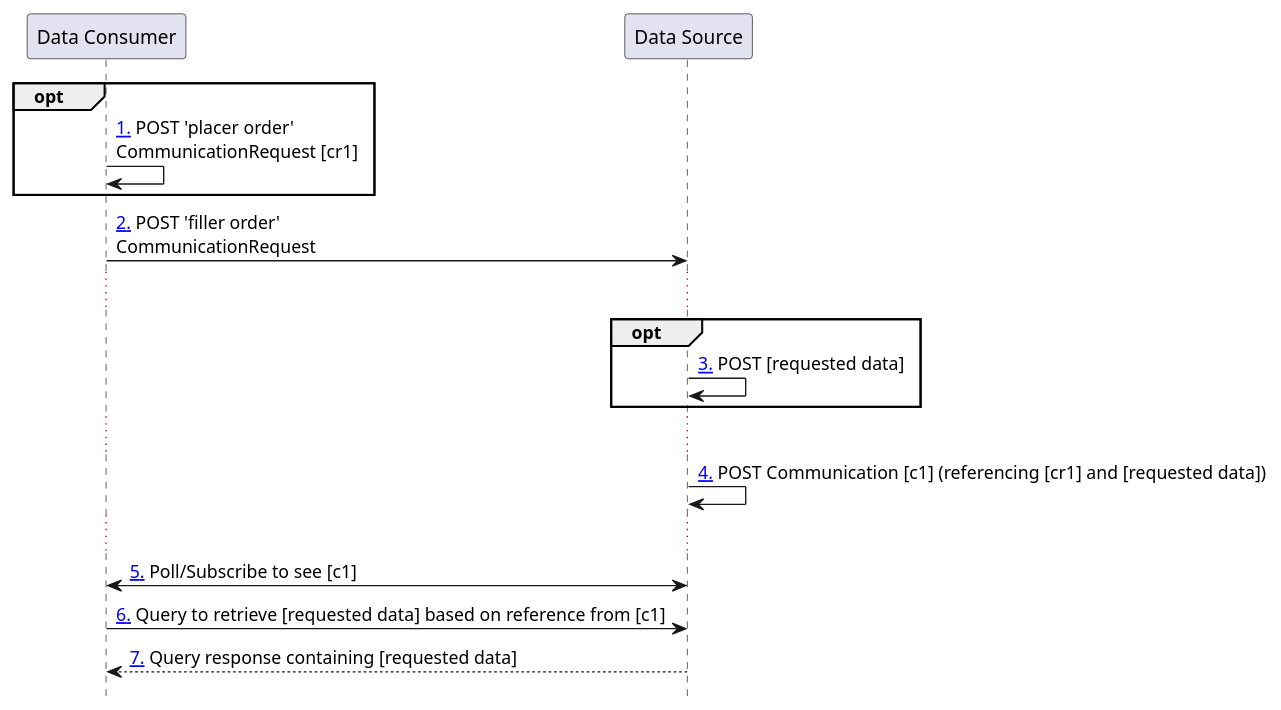
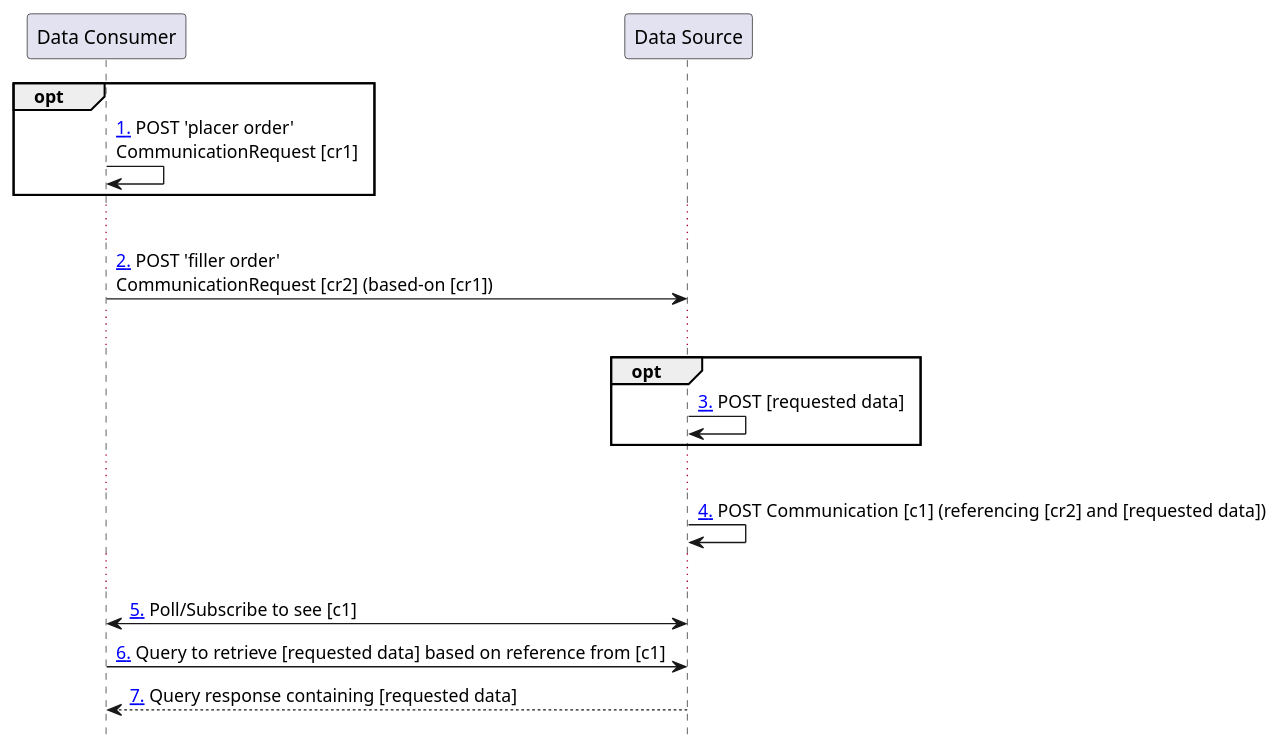
One commit to HL7/davinci-ehrx changed the diagram in input/images-source/communicationrequest-post-poll.plantuml. Above: the diagram before and after it, drawn with PlantUML. The commit also changed 12 other files, not shown here.

Commit message:
Diagram corrections, added task diagram

```diff
--- a/input/images-source/communicationrequest-post-poll.plantuml
+++ b/input/images-source/communicationrequest-post-poll.plantuml
@@ -1,19 +1,20 @@
 @startuml
 hide footbox
 participant "Data Consumer" as Consumer
 participant "Data Source" as Source
 opt
 Consumer -> Consumer: [[#cr-post-c1 1.]] POST 'placer order'\nCommunicationRequest [cr1]
 end
-Consumer -> Source: [[#cr-post-c2 2.]] POST 'filler order'\nCommunicationRequest
+...
+Consumer -> Source: [[#cr-post-c2 2.]] POST 'filler order'\nCommunicationRequest [cr2] (based-on [cr1])
 ...
 opt
 Source -> Source: [[#cr-post-c3 3.]] POST [requested data]
 end
 ...
-Source -> Source: [[#cr-post-c4 4.]] POST Communication [c1] (referencing [cr1] and [requested data])
+Source -> Source: [[#cr-post-c4 4.]] POST Communication [c1] (referencing [cr2] and [requested data])
 ...
 Consumer <-> Source: [[#cr-post-c5 5.]] Poll/Subscribe to see [c1]
 Consumer -> Source: [[#cr-post-c6 6.]] Query to retrieve [requested data] based on reference from [c1]
 Consumer <-- Source: [[#cr-post-c7 7.]] Query response containing [requested data]
 @enduml
```
